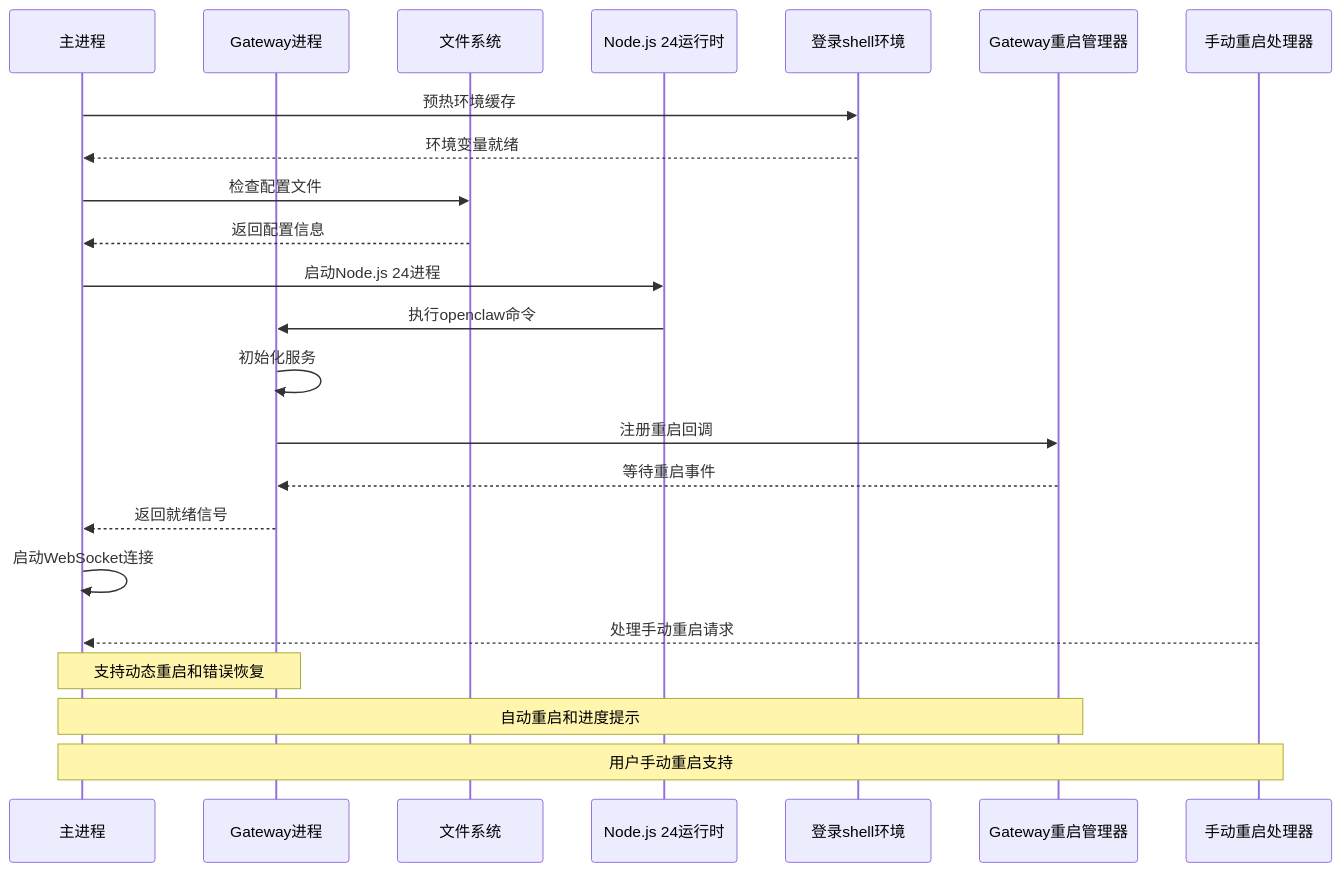
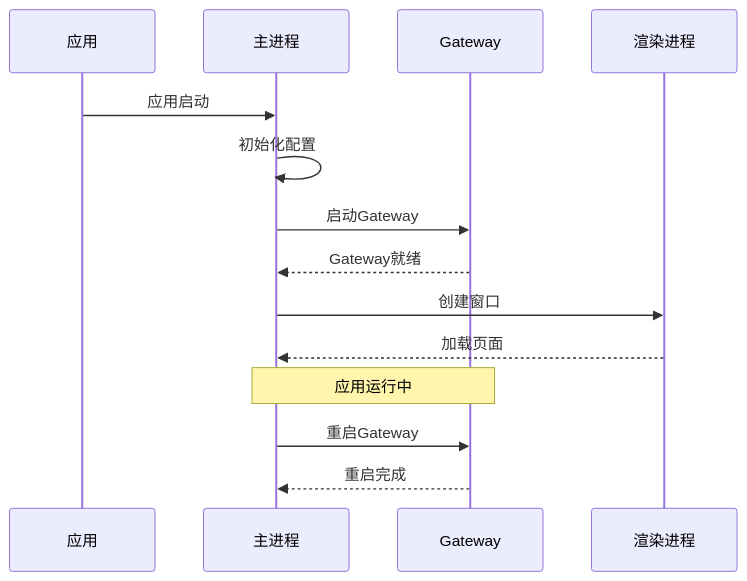
The third of 8 diagrams in .qoder/repowiki/zh/content/核心概念/Electron应用增强.md (verse-ai-org/openclaw), drawn with Mermaid before and after one commit. The commit also changed other lines of this file and 12 other files, not shown here.

````diff
--- a/.qoder/repowiki/zh/content/核心概念/Electron应用增强.md
+++ b/.qoder/repowiki/zh/content/核心概念/Electron应用增强.md
@@ -889,25 +122,16 @@
 ```mermaid
 sequenceDiagram
+participant App as 应用
 participant Main as 主进程
-participant Gateway as Gateway进程
-participant FS as 文件系统
-participant NodeRuntime as Node.js 24运行时
-participant ShellEnv as 登录shell环境
-participant RestartManager as Gateway重启管理器
-participant ManualRestartHandler as 手动重启处理器
-Main->>ShellEnv : 预热环境缓存
-ShellEnv-->>Main : 环境变量就绪
-Main->>FS : 检查配置文件
-FS-->>Main : 返回配置信息
-Main->>NodeRuntime : 启动Node.js 24进程
-NodeRuntime->>Gateway : 执行openclaw命令
-Gateway->>Gateway : 初始化服务
-Gateway->>RestartManager : 注册重启回调
-RestartManager-->>Gateway : 等待重启事件
-Gateway-->>Main : 返回就绪信号
-Main->>Main : 启动WebSocket连接
-ManualRestartHandler-->>Main : 处理手动重启请求
-Note over Main,Gateway : 支持动态重启和错误恢复
-Note over Main,RestartManager : 自动重启和进度提示
-Note over Main,ManualRestartHandler : 用户手动重启支持
+participant GW as Gateway
+participant UI as 渲染进程
+App->>Main : 应用启动
+Main->>Main : 初始化配置
+Main->>GW : 启动Gateway
+GW-->>Main : Gateway就绪
+Main->>UI : 创建窗口
+UI-->>Main : 加载页面
+Note over Main,GW : 应用运行中
+Main->>GW : 重启Gateway
+GW-->>Main : 重启完成
 ```
````
